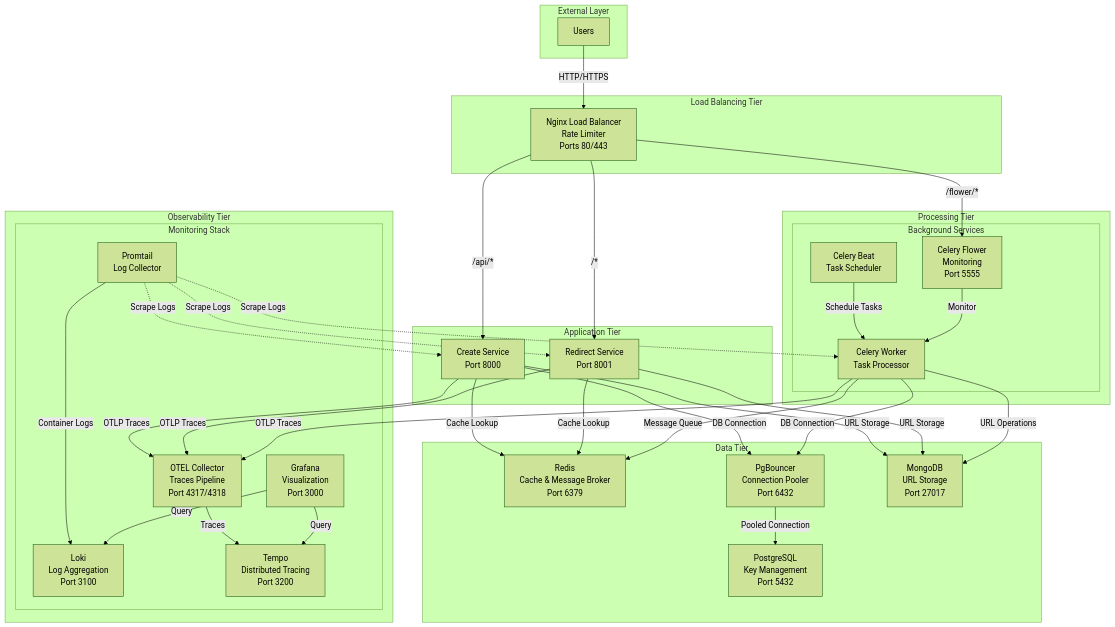
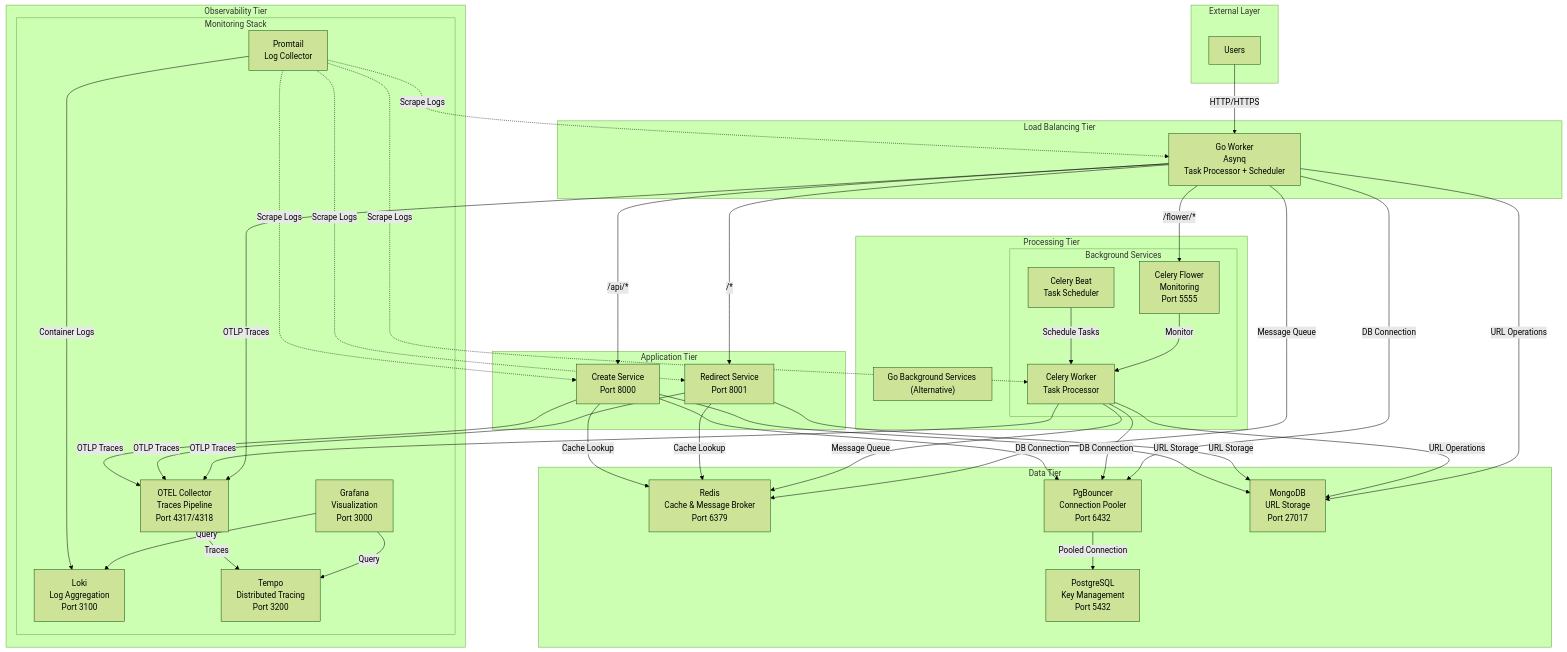
The first of 2 diagrams in README.md (kaziiriad/url-shortener-scalable), drawn with Mermaid (forest theme) before and after one commit. The commit also changed other lines of this file and 19 other files, not shown here.

First line of the commit message:
feat: Go worker service with Asynq (#1)

````diff
--- a/README.md
+++ b/README.md
@@ -50,6 +51,9 @@
             F[Celery Beat<br/>Task Scheduler]
             E[Celery Worker<br/>Task Processor]
             G[Celery Flower<br/>Monitoring<br/>Port 5555]
+        end
+        subgraph "Go Background Services (Alternative)"
+            H[Go Worker<br/>Asynq<br/>Task Processor + Scheduler]
         end
     end
 
@@ -90,16 +94,21 @@
     E -->|DB Connection| P
     E -->|URL Operations| D
     G -->|Monitor| E
+    H -->|Message Queue| B
+    H -->|DB Connection| P
+    H -->|URL Operations| D
 
     %% Observability Flow
     CS -->|OTLP Traces| O
     RS -->|OTLP Traces| O
     E -->|OTLP Traces| O
+    H -->|OTLP Traces| O
     O -->|Traces| T
     R -->|Container Logs| L
     R -.->|Scrape Logs| CS
     R -.->|Scrape Logs| RS
     R -.->|Scrape Logs| E
+    R -.->|Scrape Logs| H
     Z -->|Query| T
     Z -->|Query| L
 
@@ -107,6 +116,7 @@
     class H loadTier
     class CS,RS appTier
     class F,E,G processTier
+    class H goWorkerTier
     class B,C,D,P dataTier
     class L,T,O,R,Z observabilityTier
 ```
````
